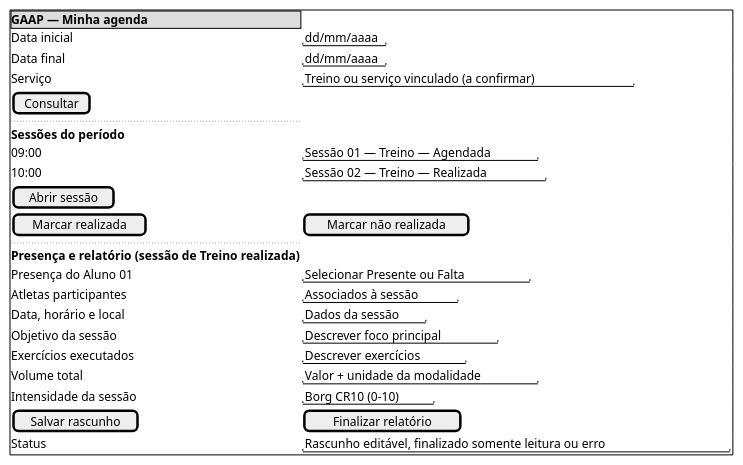
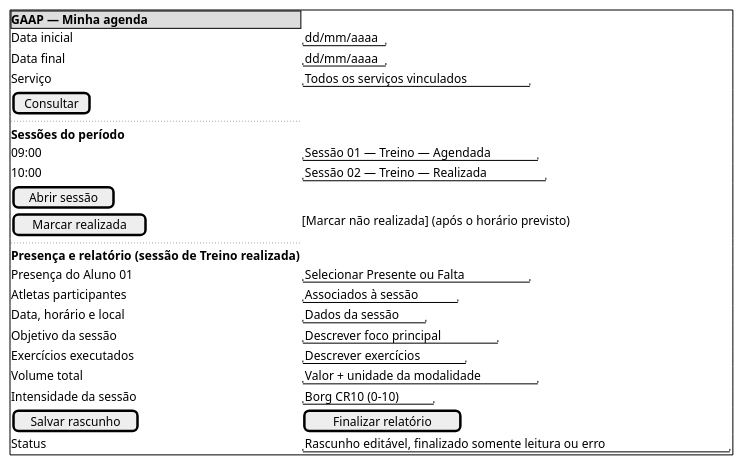
The fifth of 6 diagrams in docs/Iniciacao/prototipo_baixa_fidelidade.md (Projetos-de-Extensao/PECDII_26.2_8001_I), drawn with PlantUML before and after one commit. The commit also changed other lines of this file and 12 other files, not shown here.

````diff
--- a/docs/Iniciacao/prototipo_baixa_fidelidade.md
+++ b/docs/Iniciacao/prototipo_baixa_fidelidade.md
@@ -105,28 +105,28 @@
 ```plantuml
 @startsalt
 {+
   {* <b>GAAP — Minha agenda}
   Data inicial | "dd/mm/aaaa"
   Data final | "dd/mm/aaaa"
-  Serviço | "Treino ou serviço vinculado (a confirmar)"
+  Serviço | "Todos os serviços vinculados"
   [Consultar]
   ..
   <b>Sessões do período
   09:00 | "Sessão 01 — Treino — Agendada"
   10:00 | "Sessão 02 — Treino — Realizada"
   [Abrir sessão]
-  [Marcar realizada] | [Marcar não realizada]
+  [Marcar realizada] | [Marcar não realizada] (após o horário previsto)
   ..
   <b>Presença e relatório (sessão de Treino realizada)
   Presença do Aluno 01 | "Selecionar Presente ou Falta"
   Atletas participantes | "Associados à sessão"
   Data, horário e local | "Dados da sessão"
   Objetivo da sessão | "Descrever foco principal"
   Exercícios executados | "Descrever exercícios"
   Volume total | "Valor + unidade da modalidade"
   Intensidade da sessão | "Borg CR10 (0–10)"
   [Salvar rascunho] | [Finalizar relatório]
   Status | "Rascunho editável, finalizado somente leitura ou erro"
 }
 @endsalt
 ```
````
